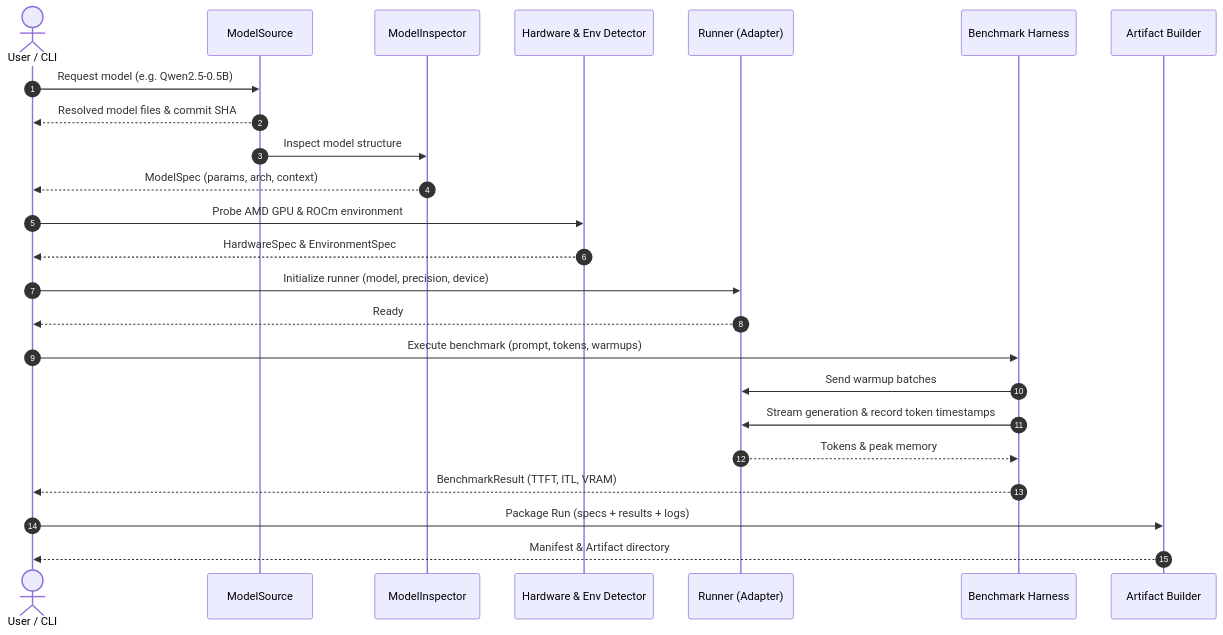
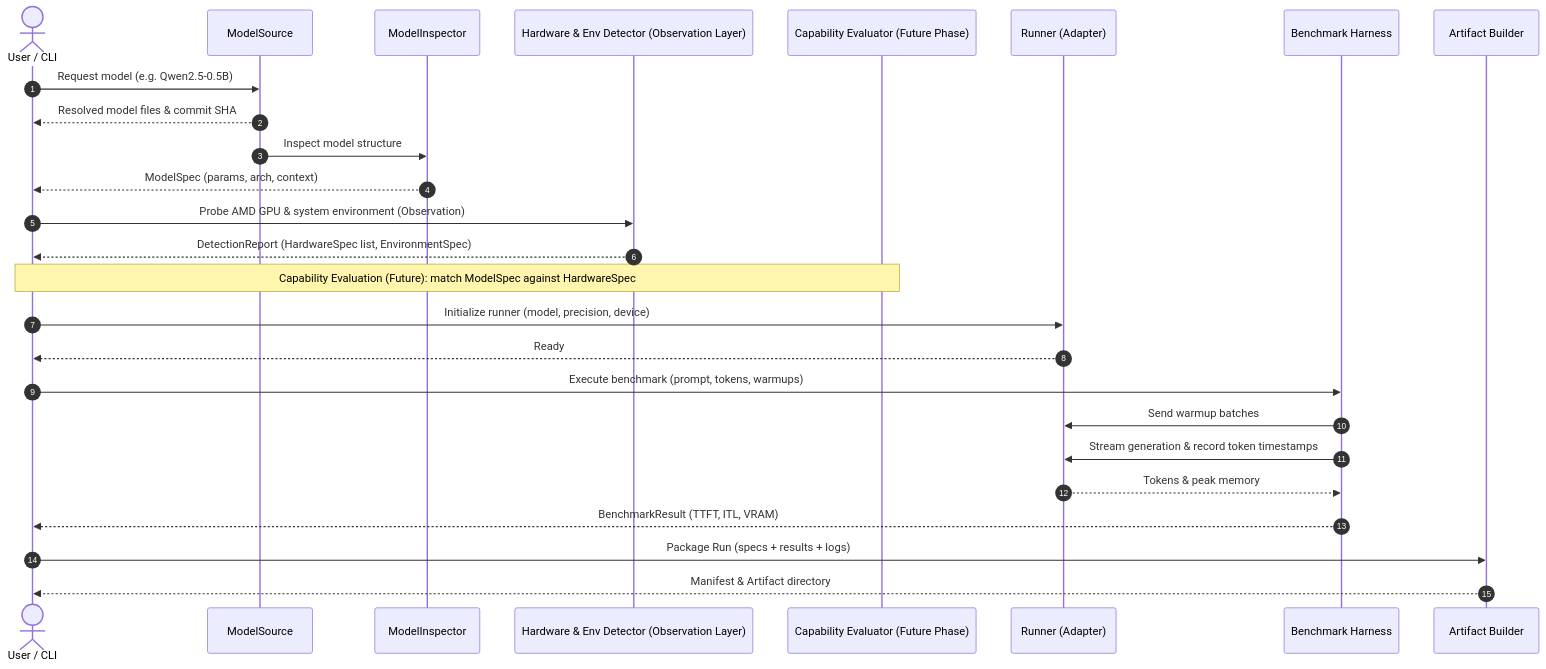
One commit to RocmHub/RocmHub changed the diagram in ARCHITECTURE.md. Above: the diagram before and after it, drawn with Mermaid. The commit also changed other lines of this file and 11 other files, not shown here.

Commit message:
feat(hardware): implement hardware and environment detection with multi-tier fallback and diagnostic mode

````diff
--- a/ARCHITECTURE.md
+++ b/ARCHITECTURE.md
@@ -254,27 +261,29 @@
 ```mermaid
 sequenceDiagram
     autonumber
     actor User as User / CLI
     participant Source as ModelSource
     participant Insp as ModelInspector
-    participant Env as Hardware & Env Detector
+    participant Env as Hardware & Env Detector (Observation Layer)
+    participant Compat as Capability Evaluator (Future Phase)
     participant Run as Runner (Adapter)
     participant Bench as Benchmark Harness
     participant Art as Artifact Builder
 
     User->>Source: Request model (e.g. Qwen2.5-0.5B)
     Source-->>User: Resolved model files & commit SHA
     Source->>Insp: Inspect model structure
     Insp-->>User: ModelSpec (params, arch, context)
-    User->>Env: Probe AMD GPU & ROCm environment
-    Env-->>User: HardwareSpec & EnvironmentSpec
+    User->>Env: Probe AMD GPU & system environment (Observation)
+    Env-->>User: DetectionReport (HardwareSpec list, EnvironmentSpec)
+    Note over User,Compat: Capability Evaluation (Future): match ModelSpec against HardwareSpec
     User->>Run: Initialize runner (model, precision, device)
     Run-->>User: Ready
     User->>Bench: Execute benchmark (prompt, tokens, warmups)
     Bench->>Run: Send warmup batches
     Bench->>Run: Stream generation & record token timestamps
     Run-->>Bench: Tokens & peak memory
     Bench-->>User: BenchmarkResult (TTFT, ITL, VRAM)
     User->>Art: Package Run (specs + results + logs)
     Art-->>User: Manifest & Artifact directory
 ```
````
